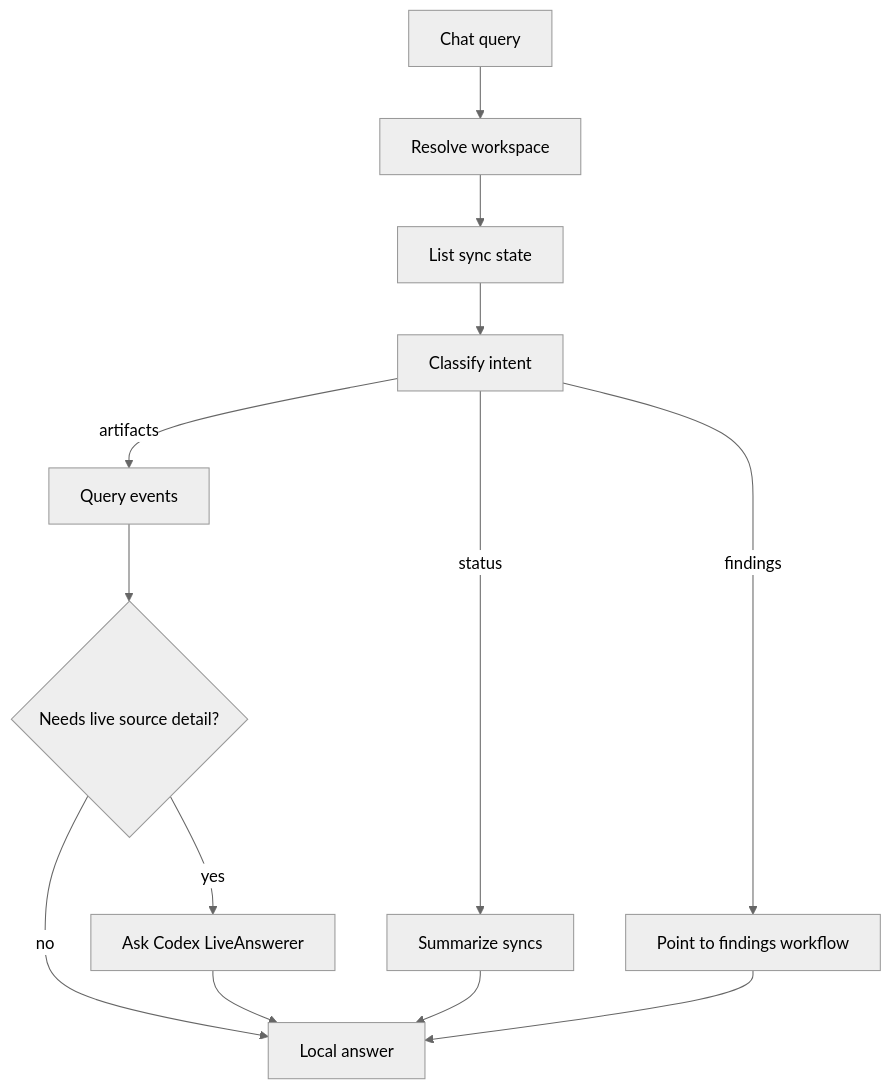
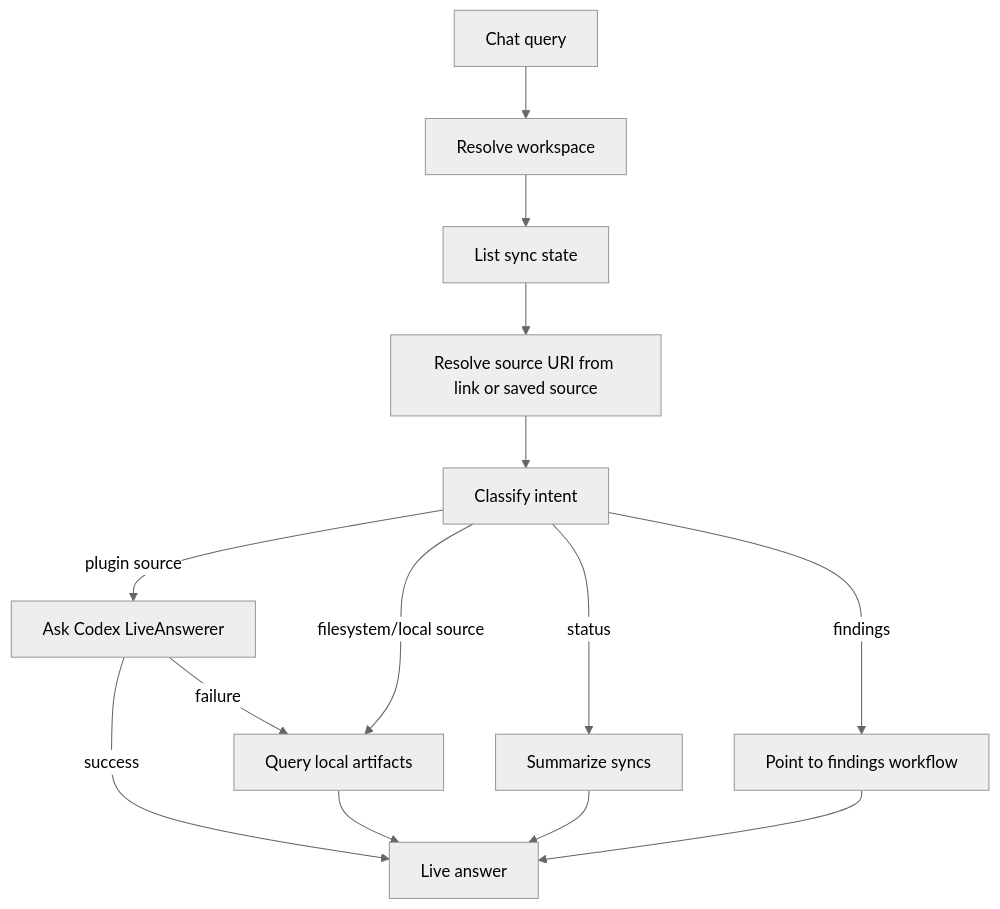
Before and after one commit to sx-tane/context-os: the diagram in internal/chat/README.md, drawn with Mermaid (neutral theme). The commit also changed other lines of this file and 19 other files, not shown here.

Commit message:
Add live source chat API flows

````diff
--- a/internal/chat/README.md
+++ b/internal/chat/README.md
@@ -18,15 +20,16 @@
 ```mermaid
 flowchart TD
   Q[Chat query] --> W[Resolve workspace]
   W --> S[List sync state]
-  S --> I[Classify intent]
-  I -->|artifacts| A[Query events]
-  A --> L{Needs live source detail?}
-  L -->|yes| C[Ask Codex LiveAnswerer]
-  L -->|no| R[Local answer]
-  C --> R
+  S --> M[Resolve source URI from link or saved source]
+  M --> I[Classify intent]
+  I -->|plugin source| C[Ask Codex LiveAnswerer]
+  C -->|success| R[Live answer]
+  C -->|failure| A[Query local artifacts]
+  I -->|filesystem/local source| A
+  A --> R
   I -->|status| T[Summarize syncs]
   I -->|findings| F[Point to findings workflow]
   T --> R
   F --> R
 ```
````
